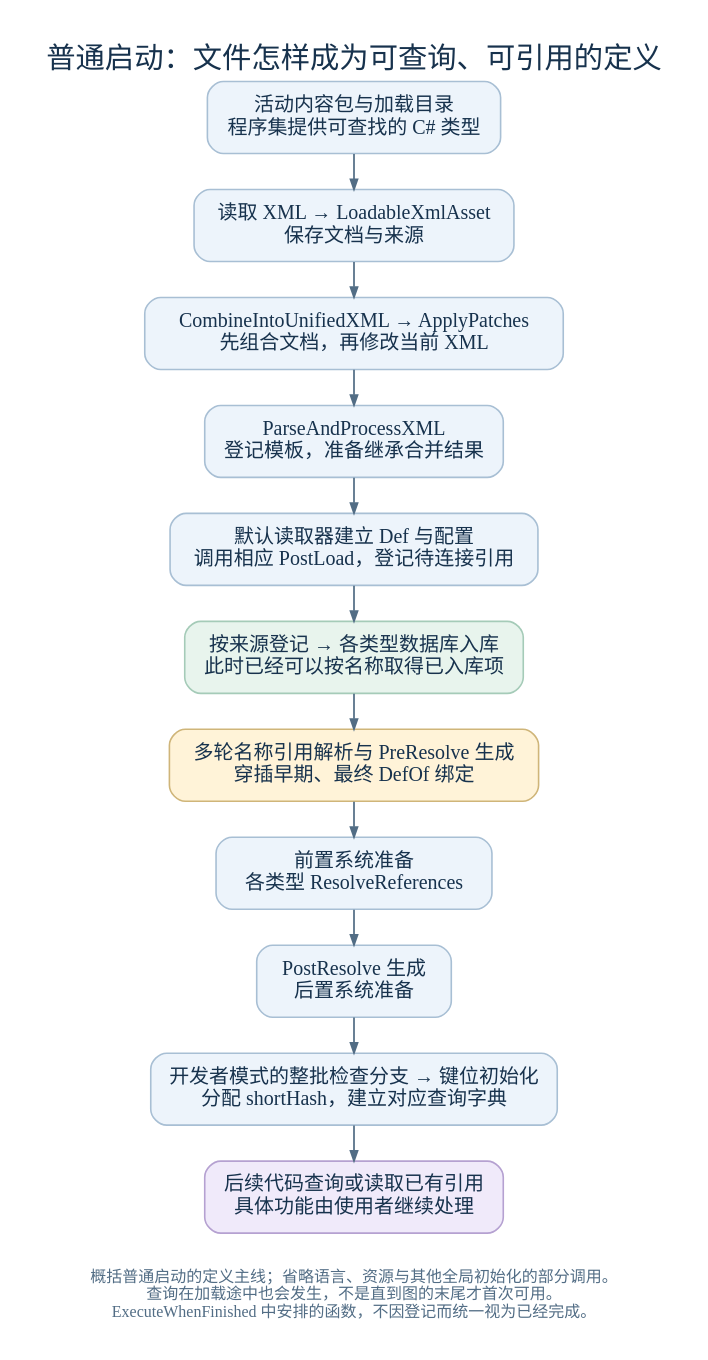
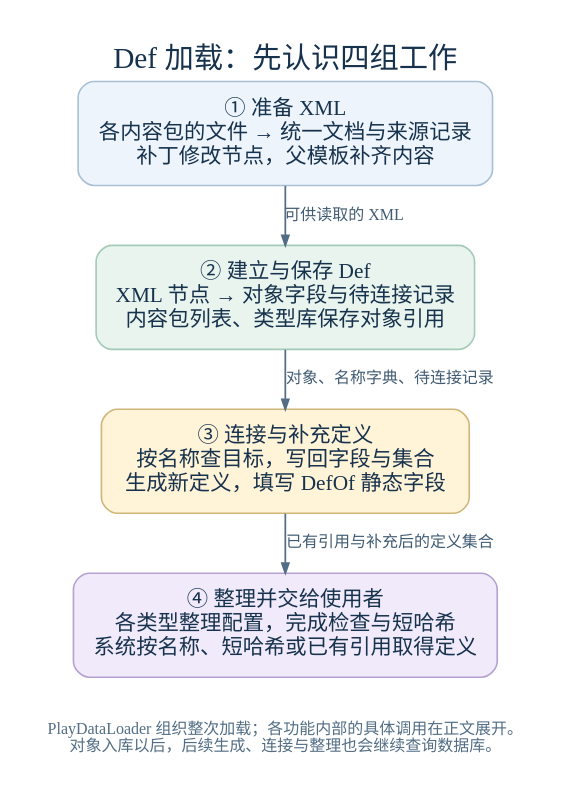
Before and after one commit to Sil1cateS/rimworld-deconstruction: the diagram in docs/readable/chapters/03-def-framework/figures/def-load-overview.dot, drawn with Graphviz. The commit also changed 13 other files, not shown here.

```diff
--- a/docs/readable/chapters/03-def-framework/figures/def-load-overview.dot
+++ b/docs/readable/chapters/03-def-framework/figures/def-load-overview.dot
@@ -1,19 +1,14 @@
 digraph DefLoadOverview {
-  graph [rankdir=TB, bgcolor="white", pad="0.3", nodesep="0.4", ranksep="0.38", splines=polyline, fontname="Microsoft YaHei", fontsize=22, fontcolor="#17324d", labelloc=t, label="普通启动：文件怎样成为可查询、可引用的定义"];
-  node [shape=box, style="rounded,filled", fillcolor="#edf4fb", color="#a8bfd4", fontname="Microsoft YaHei", fontsize=15, fontcolor="#17324d", margin="0.2,0.14", penwidth=1.2];
+  graph [rankdir=TB, bgcolor="white", pad="0.3", nodesep="0.4", ranksep="0.45", splines=polyline, fontname="Microsoft YaHei", fontsize=22, fontcolor="#17324d", labelloc=t, label="Def 加载：先认识四组工作"];
+  node [shape=box, style="rounded,filled", fillcolor="#edf4fb", color="#a8bfd4", fontname="Microsoft YaHei", fontsize=16, fontcolor="#17324d", margin="0.24,0.17", penwidth=1.2];
   edge [color="#526d85", fontname="Microsoft YaHei", fontsize=12, fontcolor="#415b73", arrowsize=0.75, penwidth=1.3];
-  content [label="活动内容包与加载目录\n程序集提供可查找的 C# 类型"];
-  xml [label="读取 XML → LoadableXmlAsset\n保存文档与来源"];
-  patch [label="CombineIntoUnifiedXML → ApplyPatches\n先组合文档，再修改当前 XML"];
-  inherit [label="ParseAndProcessXML\n登记模板，准备继承合并结果"];
-  parse [label="默认读取器建立 Def 与配置\n调用相应 PostLoad，登记待连接引用"];
-  store [label="按来源登记 → 各类型数据库入库\n此时已经可以按名称取得已入库项", fillcolor="#e8f4ed", color="#a5cbb8"];
-  binding [label="多轮名称引用解析与 PreResolve 生成\n穿插早期、最终 DefOf 绑定", fillcolor="#fff3d8", color="#cfb579"];
-  resolve [label="前置系统准备\n各类型 ResolveReferences"];
-  post [label="PostResolve 生成\n后置系统准备"];
-  hash [label="开发者模式的整批检查分支 → 键位初始化\n分配 shortHash，建立对应查询字典"];
-  use [label="后续代码查询或读取已有引用\n具体功能由使用者继续处理", fillcolor="#f0eafa", color="#b5a1d1"];
-  content -> xml -> patch -> inherit -> parse -> store -> binding -> resolve -> post -> hash -> use;
-  legend [shape=plain, style="", fontsize=12, fontcolor="#526d85", label="概括普通启动的定义主线；省略语言、资源与其他全局初始化的部分调用。\n查询在加载途中也会发生，不是直到图的末尾才首次可用。\nExecuteWhenFinished 中安排的函数，不因登记而统一视为已经完成。"];
+  xml [label="① 准备 XML\n各内容包的文件 → 统一文档与来源记录\n补丁修改节点，父模板补齐内容"];
+  objects [label="② 建立与保存 Def\nXML 节点 → 对象字段与待连接记录\n内容包列表、类型库保存对象引用", fillcolor="#e8f4ed", color="#a5cbb8"];
+  connect [label="③ 连接与补充定义\n按名称查目标，写回字段与集合\n生成新定义，填写 DefOf 静态字段", fillcolor="#fff3d8", color="#cfb579"];
+  use [label="④ 整理并交给使用者\n各类型整理配置，完成检查与短哈希\n系统按名称、短哈希或已有引用取得定义", fillcolor="#f0eafa", color="#b5a1d1"];
+  xml -> objects [label="可供读取的 XML"];
+  objects -> connect [label="对象、名称字典、待连接记录"];
+  connect -> use [label="已有引用与补充后的定义集合"];
+  legend [shape=plain, style="", fontsize=12, fontcolor="#526d85", label="PlayDataLoader 组织整次加载；各功能内部的具体调用在正文展开。\n对象入库以后，后续生成、连接与整理也会继续查询数据库。"];
   use -> legend [style=invis];
 }
```
